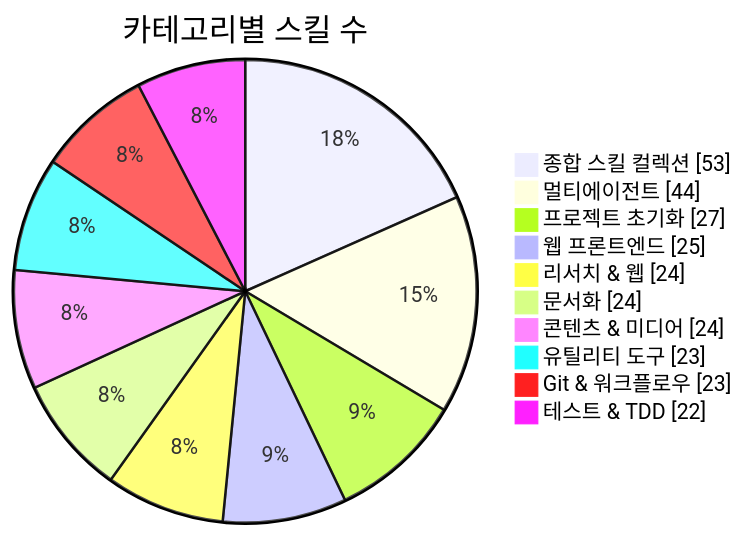
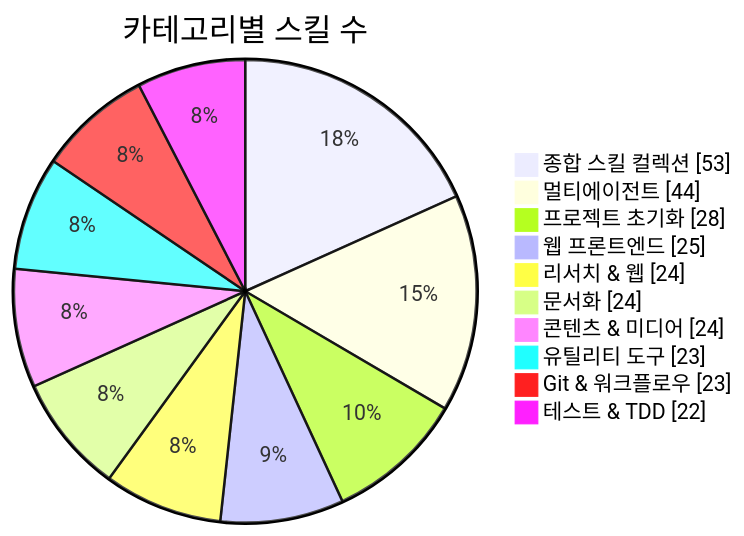
One commit to J-nowcow/awesome-korean-agent-skills changed the first of 3 diagrams in README.md. Above: the diagram before and after it, drawn with Mermaid. The commit also changed other lines of this file and 4 other files, not shown here.

````diff
--- a/README.md
+++ b/README.md
@@ -176,14 +176,14 @@
 ```mermaid
 pie showData
     title 카테고리별 스킬 수
     "종합 스킬 컬렉션" : 53
     "멀티에이전트" : 44
-    "프로젝트 초기화" : 27
+    "프로젝트 초기화" : 28
     "웹 프론트엔드" : 25
     "리서치 & 웹" : 24
     "문서화" : 24
     "콘텐츠 & 미디어" : 24
     "유틸리티 도구" : 23
     "Git & 워크플로우" : 23
     "테스트 & TDD" : 22
 ```
````
